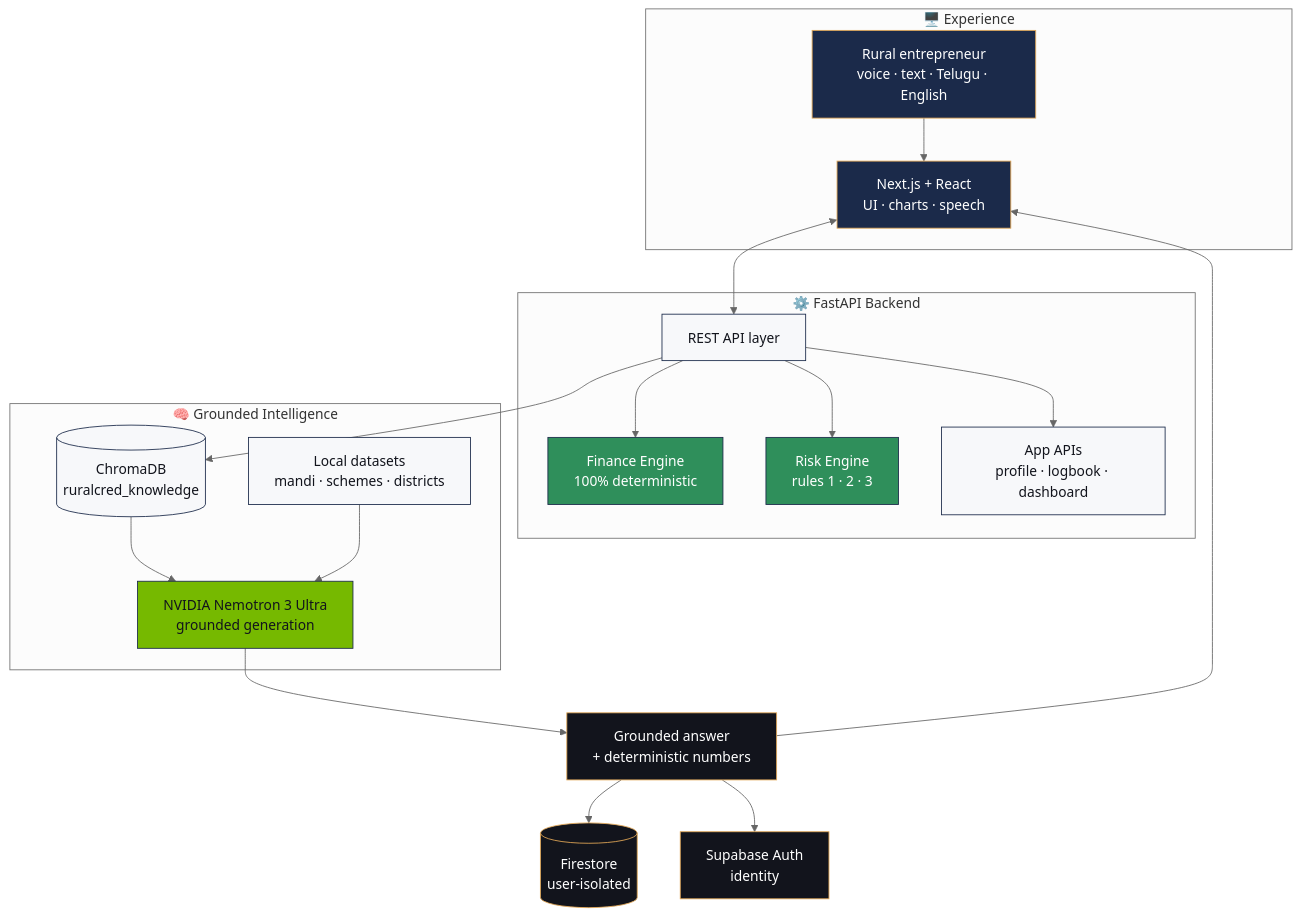
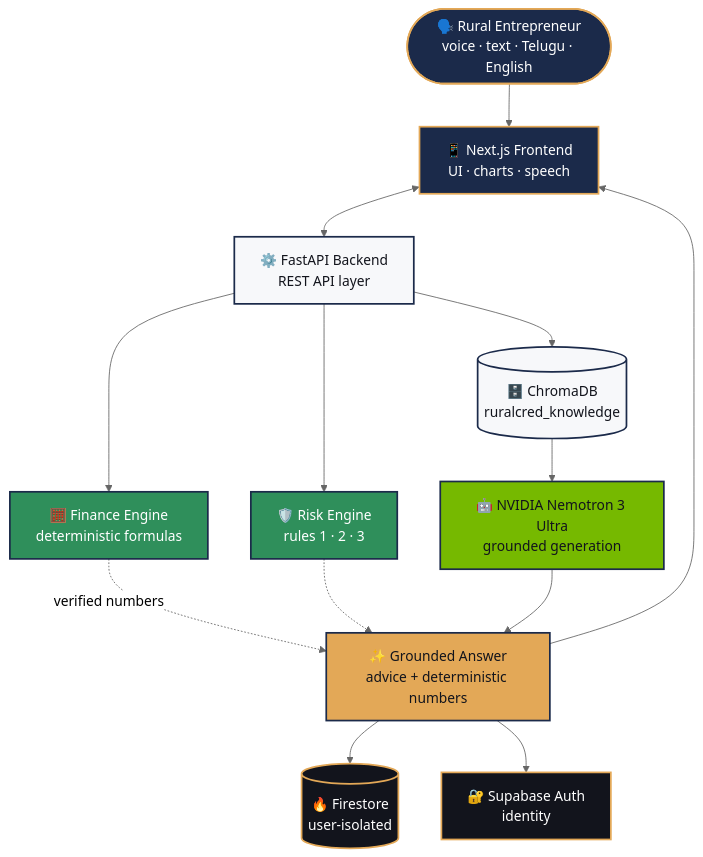
Before and after one commit to sankeerthrao026/ruralCred_Advisor_SIH: the diagram in README.md, drawn with Mermaid (neutral theme). The commit also changed other lines of this file and 1 other file, not shown here.

Commit message:
docs: SIH logo, new architecture diagram

````diff
--- a/README.md
+++ b/README.md
@@ -105,35 +109,30 @@
 ```mermaid
 flowchart TB
-    subgraph UI["🖥️ Experience"]
-        U["Rural entrepreneur<br/>voice · text · Telugu · English"] --> FE["Next.js + React<br/>UI · charts · speech"]
-    end
-    subgraph SVC["⚙️ FastAPI Backend"]
-        BE["REST API layer"] --> FIN["Finance Engine<br/>100% deterministic"]
-        BE --> RSK["Risk Engine<br/>rules 1 · 2 · 3"]
-        BE --> API["App APIs<br/>profile · logbook · dashboard"]
-    end
-    subgraph AI["🧠 Grounded Intelligence"]
-        CDB[("ChromaDB<br/>ruralcred_knowledge")] --> NEMO["NVIDIA Nemotron 3 Ultra<br/>grounded generation"]
-        LOC["Local datasets<br/>mandi · schemes · districts"] --> NEMO
-    end
-    FE <--> BE
-    BE --> CDB
-    NEMO --> ANS["Grounded answer<br/>+ deterministic numbers"]
+    U(["🗣️ Rural Entrepreneur<br/>voice · text · Telugu · English"]) --> FE["📱 Next.js Frontend<br/>UI · charts · speech"]
+    FE <--> BE["⚙️ FastAPI Backend<br/>REST API layer"]
+    BE --> FIN["🧮 Finance Engine<br/>deterministic formulas"]
+    BE --> RSK["🛡️ Risk Engine<br/>rules 1 · 2 · 3"]
+    BE --> CDB[("🗄️ ChromaDB<br/>ruralcred_knowledge")]
+    CDB --> NEMO["🤖 NVIDIA Nemotron 3 Ultra<br/>grounded generation"]
+    FIN -.->|"verified numbers"| ANS
+    RSK -.-> ANS
+    NEMO --> ANS["✨ Grounded Answer<br/>advice + deterministic numbers"]
     ANS --> FE
-    ANS --> FS[("Firestore<br/>user-isolated")]
-    ANS --> AU["Supabase Auth<br/>identity"]
+    ANS --> FS[("🔥 Firestore<br/>user-isolated")]
+    ANS --> AU["🔐 Supabase Auth<br/>identity"]
 
-    classDef gold fill:#E3A857,stroke:#1B2A4A,color:#12141C
-    classDef navy fill:#1B2A4A,stroke:#E3A857,color:#FFFFFF
-    classDef green fill:#2F8F5B,stroke:#1B2A4A,color:#FFFFFF
-    classDef ink fill:#12141C,stroke:#E3A857,color:#FFFFFF
-    classDef light fill:#F7F8FA,stroke:#1B2A4A,color:#12141C
-    classDef nvidia fill:#76B900,stroke:#1B2A4A,color:#12141C
+    classDef navy fill:#1B2A4A,stroke:#E3A857,stroke-width:2px,color:#fff
+    classDef gold fill:#E3A857,stroke:#1B2A4A,stroke-width:2px,color:#12141C
+    classDef green fill:#2F8F5B,stroke:#1B2A4A,stroke-width:2px,color:#fff
+    classDef ink fill:#12141C,stroke:#E3A857,stroke-width:2px,color:#fff
+    classDef light fill:#F7F8FA,stroke:#1B2A4A,stroke-width:2px,color:#12141C
+    classDef nvidia fill:#76B900,stroke:#1B2A4A,stroke-width:2px,color:#12141C
 
     class U,FE navy
-    class BE,API light
+    class BE light
     class FIN,RSK green
-    class CDB,LOC light
+    class CDB light
     class NEMO nvidia
-    class ANS,FS,AU ink
+    class ANS gold
+    class FS,AU ink
 ```
````
